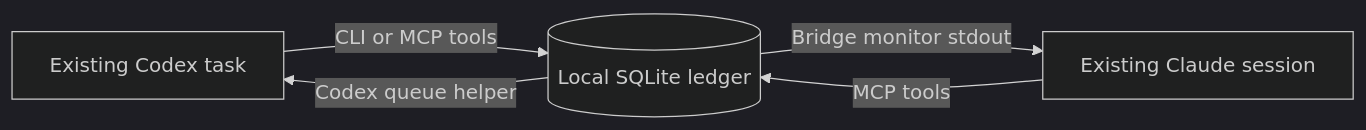
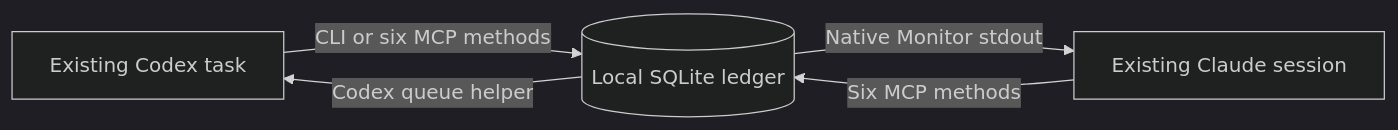
The diagram in docs/design.md (ItamarRocha/session-bridge), drawn with Mermaid (dark theme) before and after one commit. The commit also changed other lines of this file and 28 other files, not shown here.

Commit message:
Expose six native-session messaging methods with explicit activation

````diff
--- a/docs/design.md
+++ b/docs/design.md
@@ -7,7 +7,7 @@
 ```mermaid
 flowchart LR
-  C[Existing Codex task] -->|CLI or MCP tools| L[(Local SQLite ledger)]
-  A[Existing Claude session] -->|MCP tools| L
+  C[Existing Codex task] -->|CLI or six MCP methods| L[(Local SQLite ledger)]
+  A[Existing Claude session] -->|Six MCP methods| L
   L -->|Codex queue helper| C
-  L -->|Bridge monitor stdout| A
+  L -->|Native Monitor stdout| A
 ```
````
